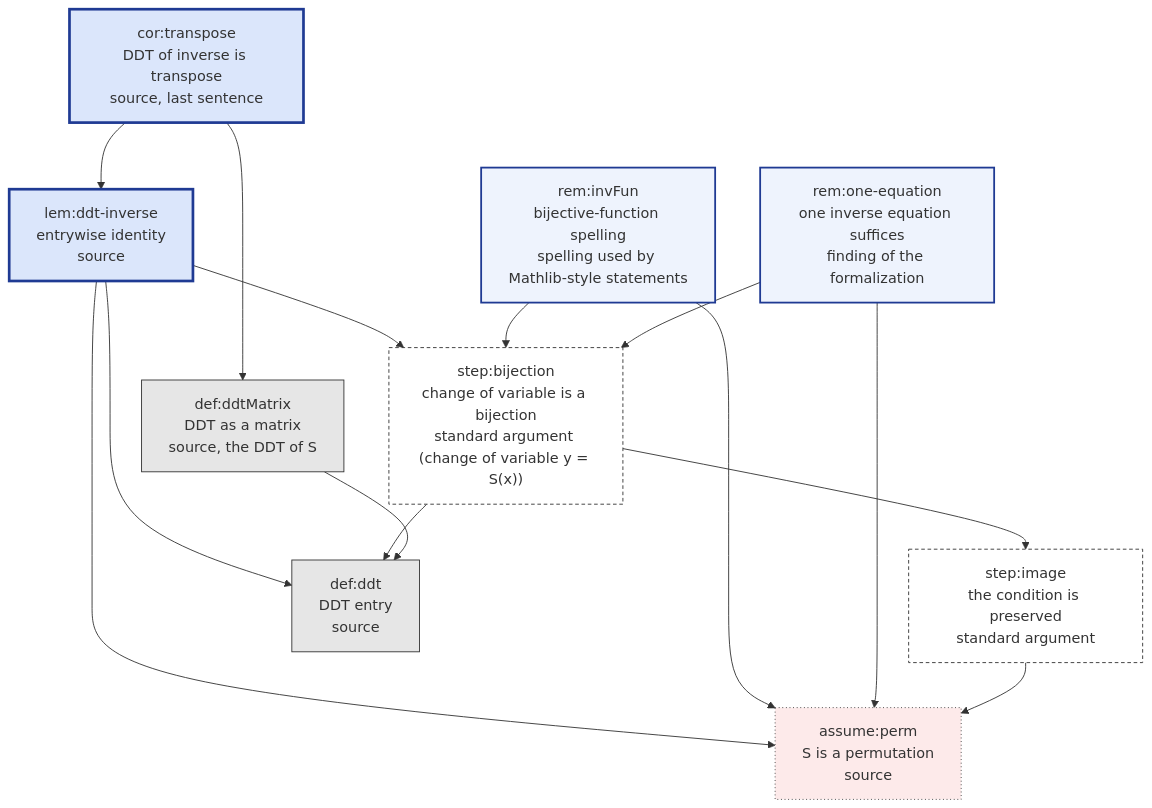
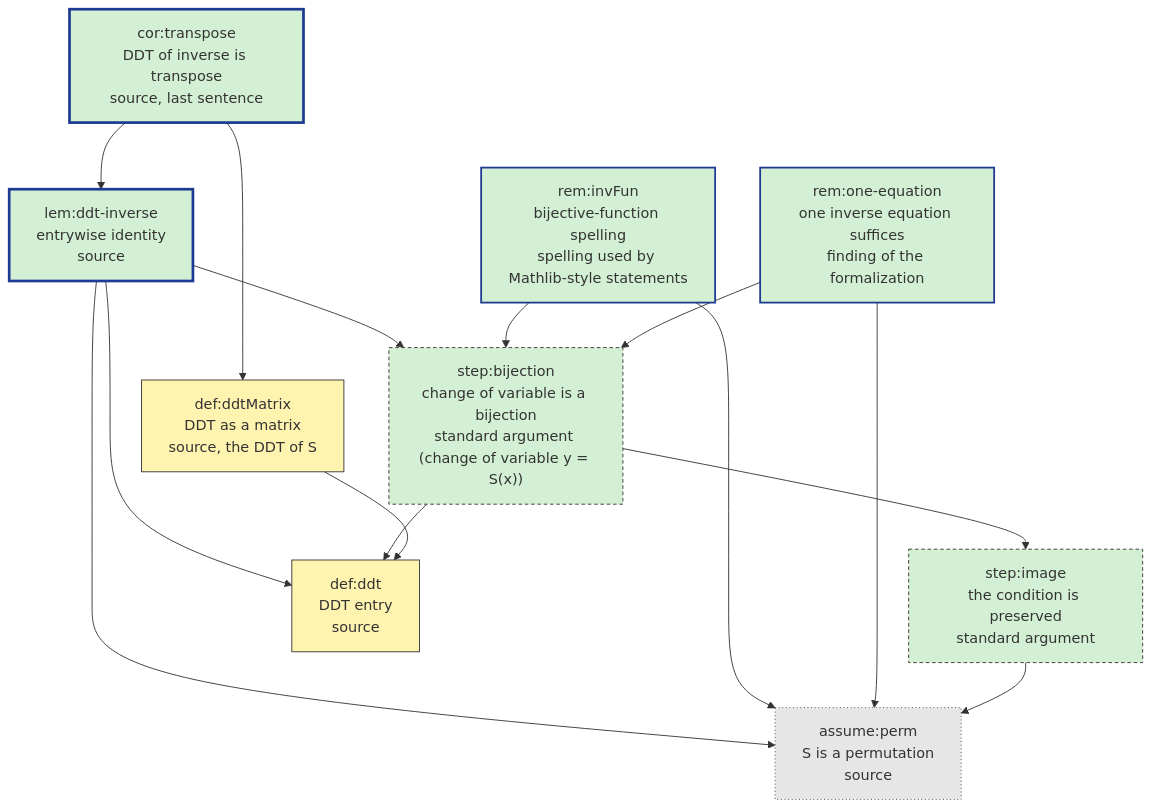
The diagram in assets/examples/DdtInverse/CHAIN.md (hukaisdu/cipherlean), drawn with Mermaid before and after one commit. The commit also changed other lines of this file and 9 other files, not shown here.

````diff
--- a/assets/examples/DdtInverse/CHAIN.md
+++ b/assets/examples/DdtInverse/CHAIN.md
@@ -45,35 +66,35 @@
 ```mermaid
 graph TD
   cortranspose["cor:transpose<br/>DDT of inverse is transpose<br/>source, last sentence"]
   lemddtinverse["lem:ddt-inverse<br/>entrywise identity<br/>source"]
   reminvFun["rem:invFun<br/>bijective-function spelling<br/>spelling used by Mathlib-style statements"]
   remoneequation["rem:one-equation<br/>one inverse equation suffices<br/>finding of the formalization"]
   stepbijection["step:bijection<br/>change of variable is a bijection<br/>standard argument (change of variable y = S(x))"]
   stepimage["step:image<br/>the condition is preserved<br/>standard argument"]
   defddt["def:ddt<br/>DDT entry<br/>source"]
   defddtMatrix["def:ddtMatrix<br/>DDT as a matrix<br/>source, "the DDT of S""]
   assumeperm["assume:perm<br/>S is a permutation<br/>source"]
   cortranspose --> lemddtinverse
   cortranspose --> defddtMatrix
   lemddtinverse --> stepbijection
   lemddtinverse --> defddt
   lemddtinverse --> assumeperm
   reminvFun --> stepbijection
   reminvFun --> assumeperm
   remoneequation --> stepbijection
   remoneequation --> assumeperm
   stepbijection --> stepimage
   stepbijection --> defddt
   stepimage --> assumeperm
   defddtMatrix --> defddt
-  classDef theorem fill:#dbe6fb,stroke:#1f3a93,stroke-width:3px
-  class cortranspose,lemddtinverse theorem
-  classDef lemma fill:#eef3fd,stroke:#1f3a93,stroke-width:2px
-  class reminvFun,remoneequation lemma
-  classDef step fill:#ffffff,stroke:#333,stroke-dasharray:4 3
-  class stepbijection,stepimage step
-  classDef def fill:#e6e6e6,stroke:#333
-  class defddt,defddtMatrix def
-  classDef assumption fill:#fdeaea,stroke:#333,stroke-dasharray:1 3
-  class assumeperm assumption
+  classDef theorem_proved fill:#d4f0d4,stroke:#1f3a93,stroke-width:3px
+  class cortranspose,lemddtinverse theorem_proved
+  classDef lemma_proved fill:#d4f0d4,stroke:#1f3a93,stroke-width:2px
+  class reminvFun,remoneequation lemma_proved
+  classDef step_proved fill:#d4f0d4,stroke:#333,stroke-dasharray:4 3
+  class stepbijection,stepimage step_proved
+  classDef def_stated fill:#fff3b0,stroke:#333
+  class defddt,defddtMatrix def_stated
+  classDef assumption_assumed fill:#e6e6e6,stroke:#333,stroke-dasharray:1 3
+  class assumeperm assumption_assumed
 ```
````
